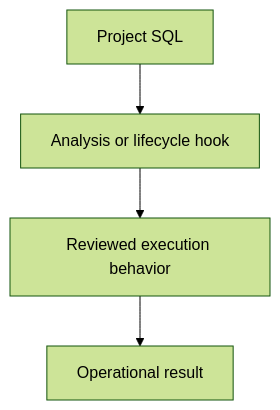
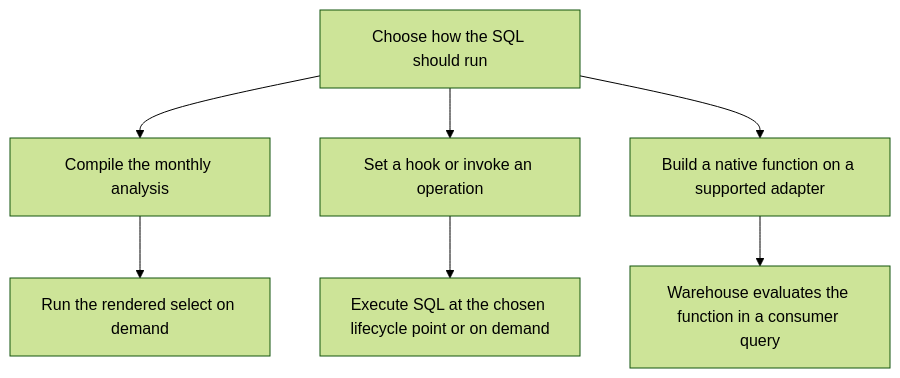
One commit to Rohit1024/dbt-learn changed the diagram in docs/lessons/0015-analyses-hooks-and-user-defined-functions.md. Above: the diagram before and after it, drawn with Mermaid (forest theme). The commit also changed other lines of this file and 4 other files, not shown here.

````diff
--- a/docs/lessons/0015-analyses-hooks-and-user-defined-functions.md
+++ b/docs/lessons/0015-analyses-hooks-and-user-defined-functions.md
@@ -7,8 +9,10 @@
 ```mermaid
 flowchart TD
-    A["Project SQL"]
-    B["Analysis or lifecycle hook"]
-    C["Reviewed execution behavior"]
-    D["Operational result"]
-    A --> B --> C --> D
+    A["Choose how the SQL should run"]
+    A --> B["Compile the monthly analysis"]
+    B --> C["Run the rendered select on demand"]
+    A --> D["Set a hook or invoke an operation"]
+    D --> E["Execute SQL at the chosen lifecycle point or on demand"]
+    A --> F["Build a native function on a supported adapter"]
+    F --> G["Warehouse evaluates the function in a consumer query"]
 ```
````
